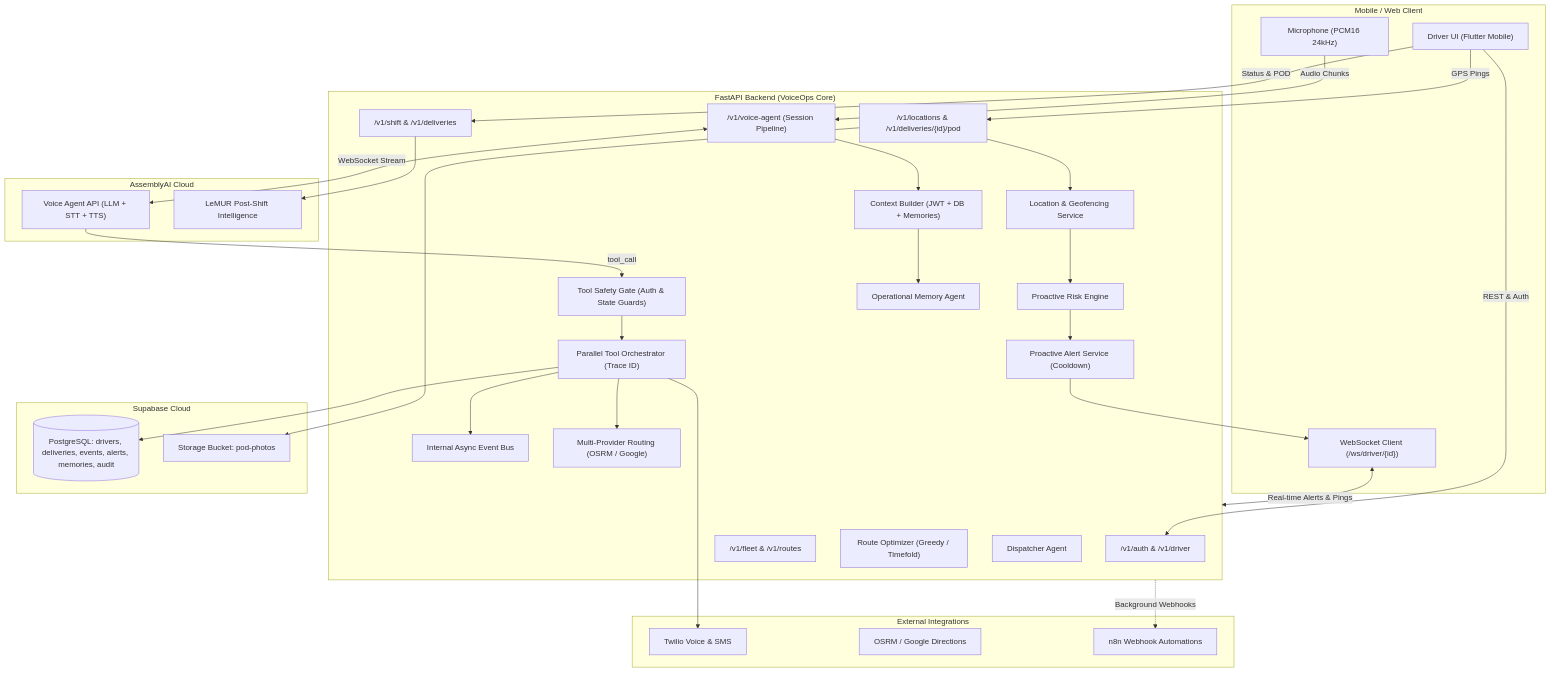
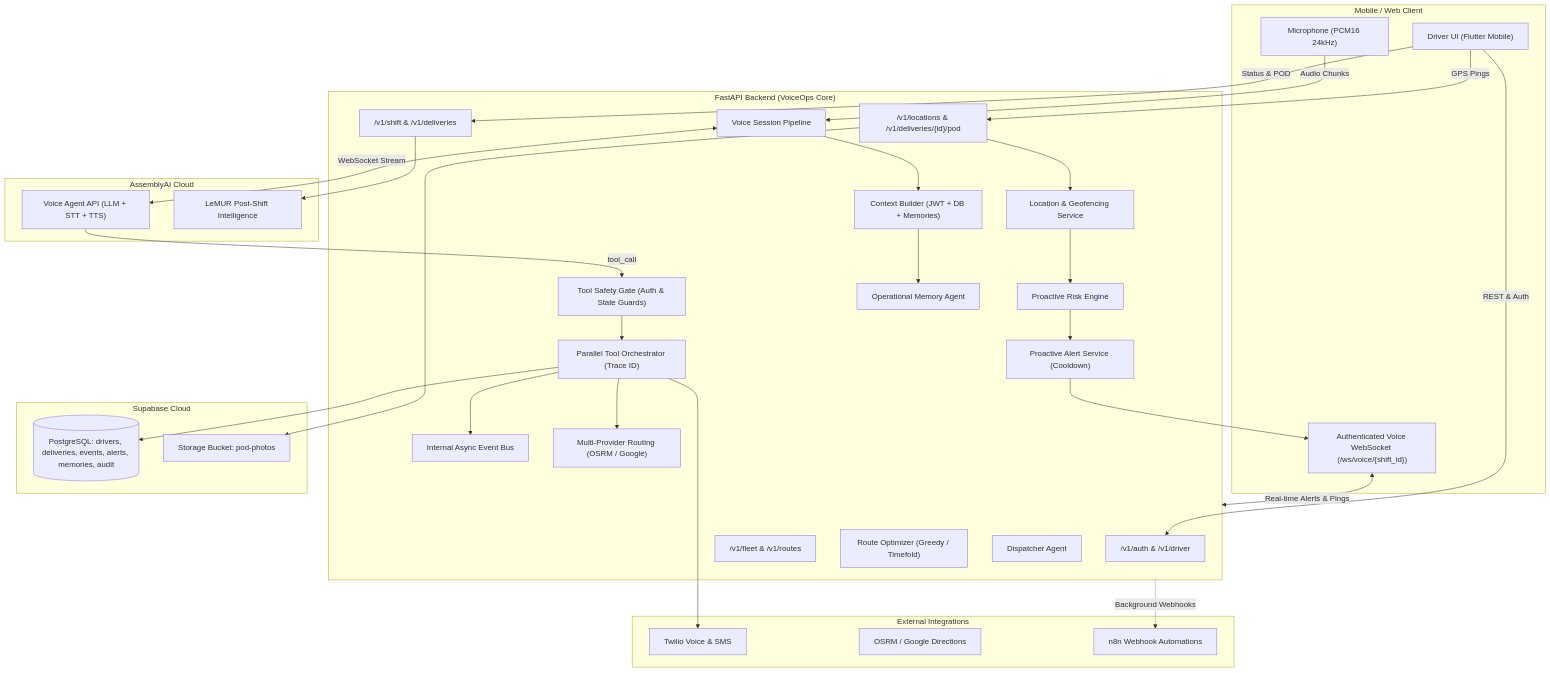
One commit to MI-TECHDLIN/kora changed the diagram in voiceops-backend/README.md. Above: the diagram before and after it, drawn with Mermaid. The commit also changed other lines of this file and 12 other files, not shown here.

````diff
--- a/voiceops-backend/README.md
+++ b/voiceops-backend/README.md
@@ -22,65 +22,65 @@
 ```mermaid
 graph TD
     subgraph Frontend["Mobile / Web Client"]
         DriverUI["Driver UI (Flutter Mobile)"]
         Mic["Microphone (PCM16 24kHz)"]
-        WSClient["WebSocket Client (/ws/driver/{id})"]
+        WSClient["Authenticated Voice WebSocket (/ws/voice/{shift_id})"]
     end
 
     subgraph Backend["FastAPI Backend (VoiceOps Core)"]
         AuthAPI["/v1/auth & /v1/driver"]
         ShiftAPI["/v1/shift & /v1/deliveries"]
         LocationsAPI["/v1/locations & /v1/deliveries/{id}/pod"]
         FleetAPI["/v1/fleet & /v1/routes"]
-        VoiceAgent["/v1/voice-agent (Session Pipeline)"]
+        VoiceAgent["Voice Session Pipeline"]
         ContextBuilder["Context Builder (JWT + DB + Memories)"]
         SafetyGate["Tool Safety Gate (Auth & State Guards)"]
         ToolRunner["Parallel Tool Orchestrator (Trace ID)"]
         EventBus["Internal Async Event Bus"]
         LocationIntel["Location & Geofencing Service"]
         RiskEngine["Proactive Risk Engine"]
         AlertService["Proactive Alert Service (Cooldown)"]
         RoutingService["Multi-Provider Routing (OSRM / Google)"]
         OptimizationService["Route Optimizer (Greedy / Timefold)"]
         MemoryAgent["Operational Memory Agent"]
         DispatcherAgent["Dispatcher Agent"]
     end
 
     subgraph VoiceAI["AssemblyAI Cloud"]
         AAI_Agent["Voice Agent API (LLM + STT + TTS)"]
         LeMUR["LeMUR Post-Shift Intelligence"]
     end
 
     subgraph Storage["Supabase Cloud"]
         SupaDB[("PostgreSQL: drivers, deliveries, events, alerts, memories, audit")]
         SupaStorage["Storage Bucket: pod-photos"]
     end
 
     subgraph External["External Integrations"]
         Twilio["Twilio Voice & SMS"]
         OSRM["OSRM / Google Directions"]
         n8n["n8n Webhook Automations"]
     end
 
     DriverUI -->|REST & Auth| AuthAPI
     DriverUI -->|Status & POD| ShiftAPI
     DriverUI -->|GPS Pings| LocationsAPI
     WSClient <-->|Real-time Alerts & Pings| Backend
     Mic -->|Audio Chunks| VoiceAgent
     VoiceAgent --> ContextBuilder
     ContextBuilder --> MemoryAgent
     VoiceAgent <-->|WebSocket Stream| AAI_Agent
     AAI_Agent -->|tool_call| SafetyGate
     SafetyGate --> ToolRunner
     ToolRunner --> SupaDB
     ToolRunner --> EventBus
     ToolRunner --> Twilio
     ToolRunner --> RoutingService
     LocationsAPI --> LocationIntel
     LocationIntel --> RiskEngine
     RiskEngine --> AlertService
     AlertService --> WSClient
     LocationsAPI --> SupaStorage
     ShiftAPI --> LeMUR
     Backend -.->|Background Webhooks| n8n
 ```
````
